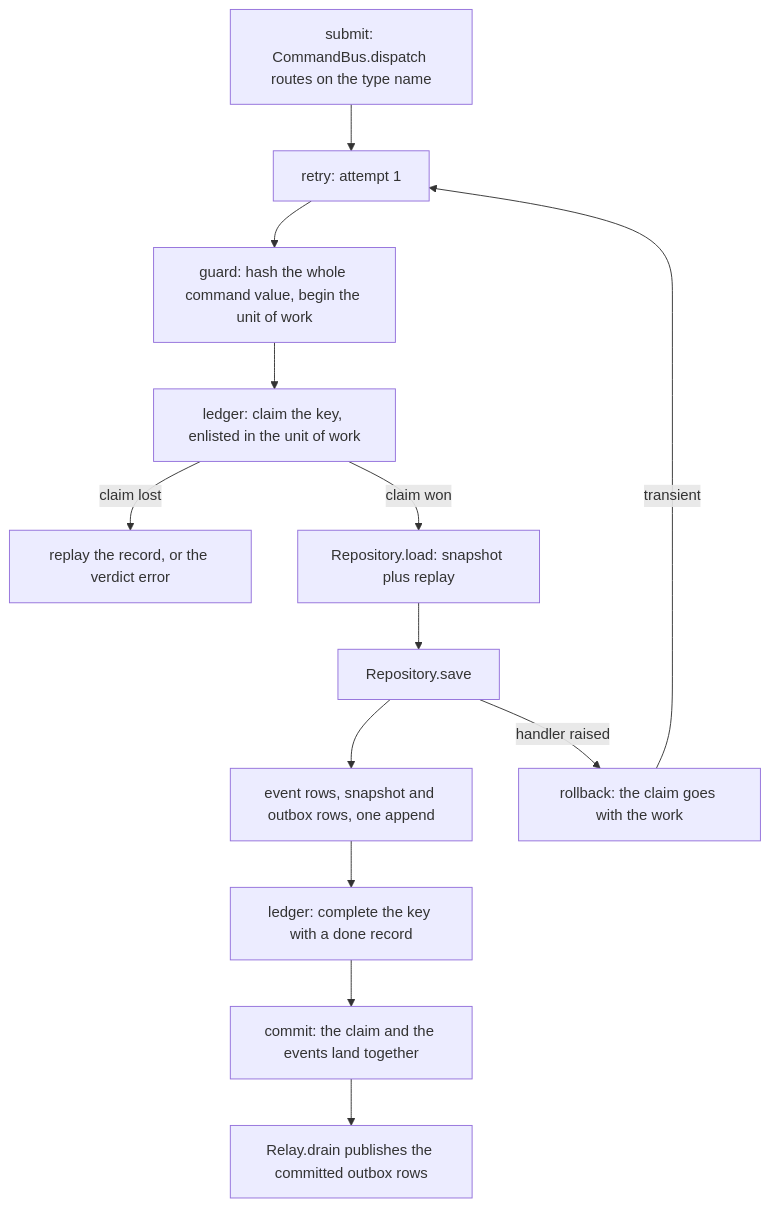
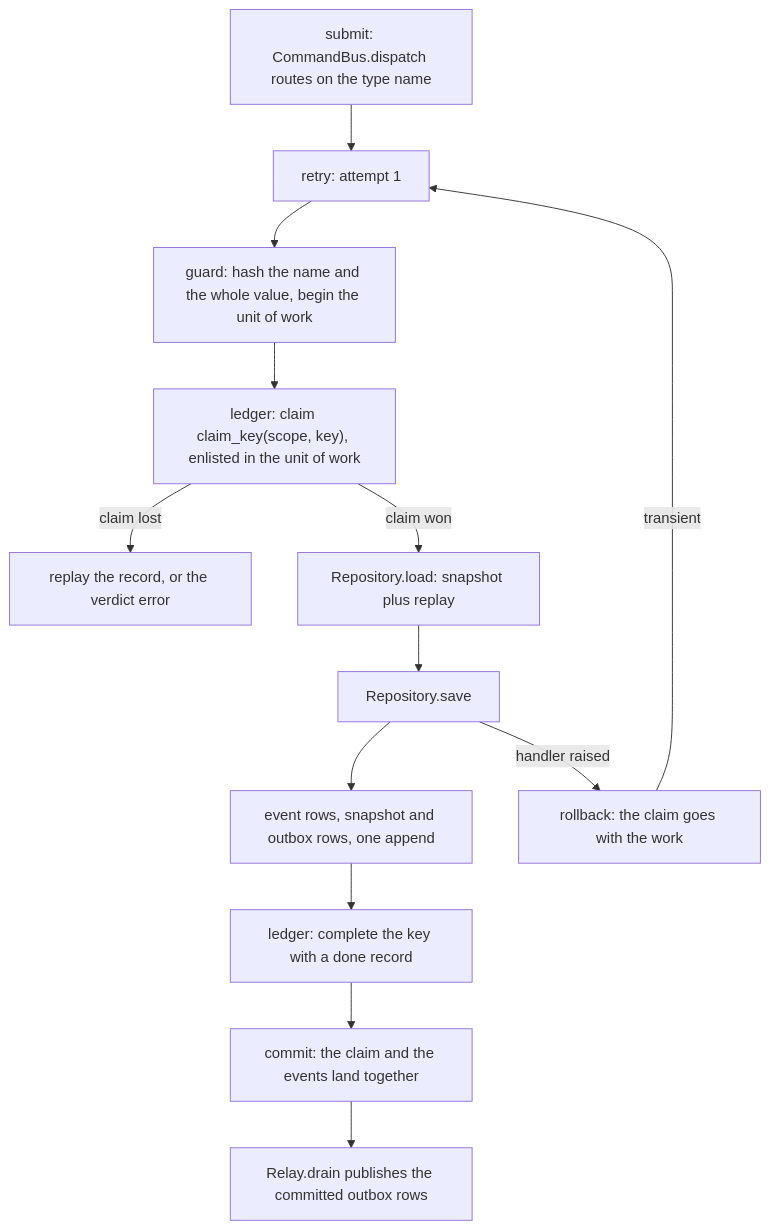
Before and after one commit to haskian/edax: the third of 3 diagrams in docs/sdk/commands.md, drawn with Mermaid. The commit also changed other lines of this file and 175 other files, not shown here.

````diff
--- a/docs/sdk/commands.md
+++ b/docs/sdk/commands.md
@@ -311,15 +449,15 @@
 ```mermaid
 flowchart TB
     A["submit: CommandBus.dispatch routes on the type name"] --> B["retry: attempt 1"]
-    B --> C["guard: hash the whole command value, begin the unit of work"]
-    C --> D["ledger: claim the key, enlisted in the unit of work"]
+    B --> C["guard: hash the name and the whole value, begin the unit of work"]
+    C --> D["ledger: claim claim_key(scope, key), enlisted in the unit of work"]
     D -- "claim lost" --> R["replay the record, or the verdict error"]
     D -- "claim won" --> F["Repository.load: snapshot plus replay"]
     F --> G["Repository.save"]
     G --> H["event rows, snapshot and outbox rows, one append"]
     H --> I["ledger: complete the key with a done record"]
     I --> J["commit: the claim and the events land together"]
     G -- "handler raised" --> K["rollback: the claim goes with the work"]
     K -- "transient" --> B
     J --> L["Relay.drain publishes the committed outbox rows"]
 ```
````
